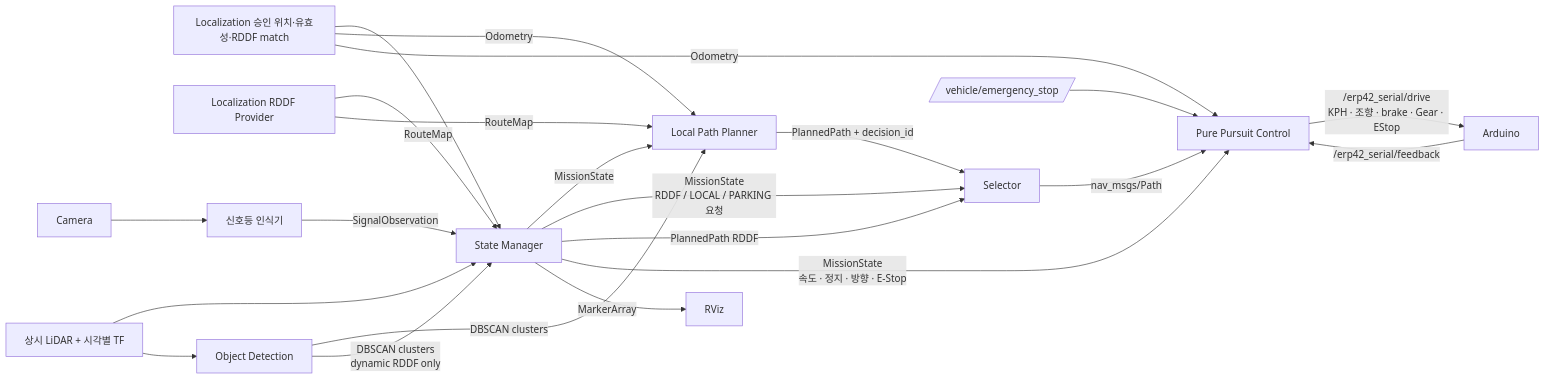
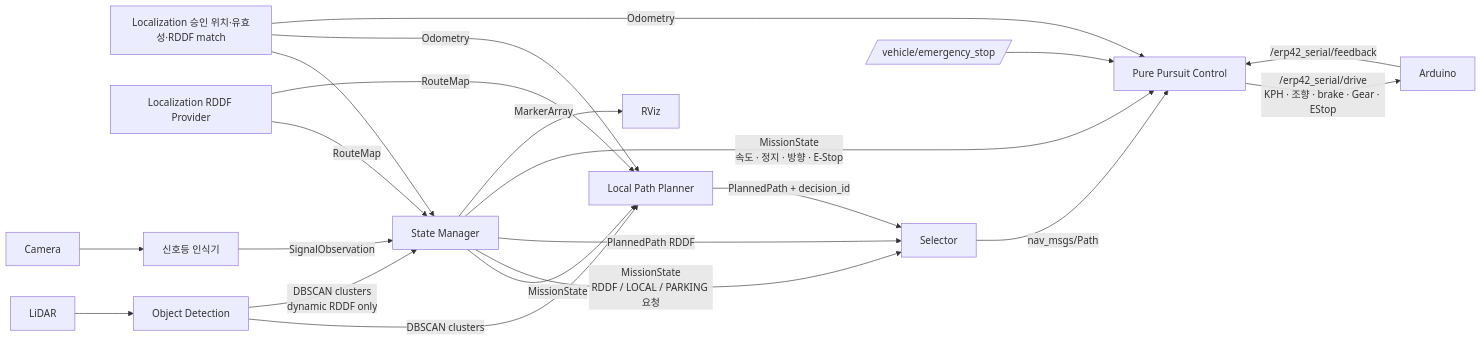
The diagram in src/state_manager/README.md (Team-Stier/HL-FMA-1-5-2026), drawn with Mermaid before and after one commit. The commit also changed other lines of this file and 11 other files, not shown here.

````diff
--- a/src/state_manager/README.md
+++ b/src/state_manager/README.md
@@ -18,24 +18,23 @@
 ```mermaid
 flowchart LR
   L[Localization 승인 위치·유효성·RDDF match] --> S[State Manager]
   R[Localization RDDF Provider] -->|RouteMap| S
   C[Camera] --> T[신호등 인식기]
   T -->|SignalObservation| S
-  D[상시 LiDAR + 시각별 TF] --> S
-  D --> O[Object Detection]
+  D[LiDAR] --> O[Object Detection]
   O -->|DBSCAN clusters| P[Local Path Planner]
   O -->|DBSCAN clusters<br/>dynamic RDDF only| S
   L -->|Odometry| P
   R -->|RouteMap| P
   S -->|MissionState| P
   S -->|MissionState<br/>RDDF / LOCAL / PARKING 요청| X[Selector]
   S -->|PlannedPath RDDF| X
   P -->|PlannedPath + decision_id| X
   X -->|nav_msgs/Path| PP[Pure Pursuit Control]
   L -->|Odometry| PP
   S -->|MissionState<br/>속도 · 정지 · 방향 · E-Stop| PP
   E[/vehicle/emergency_stop/] --> PP
   PP -->|/erp42_serial/drive<br/>KPH · 조향 · brake · Gear · EStop| A[Arduino]
   A -->|/erp42_serial/feedback| PP
   S -->|MarkerArray| Z[RViz]
 ```
````
